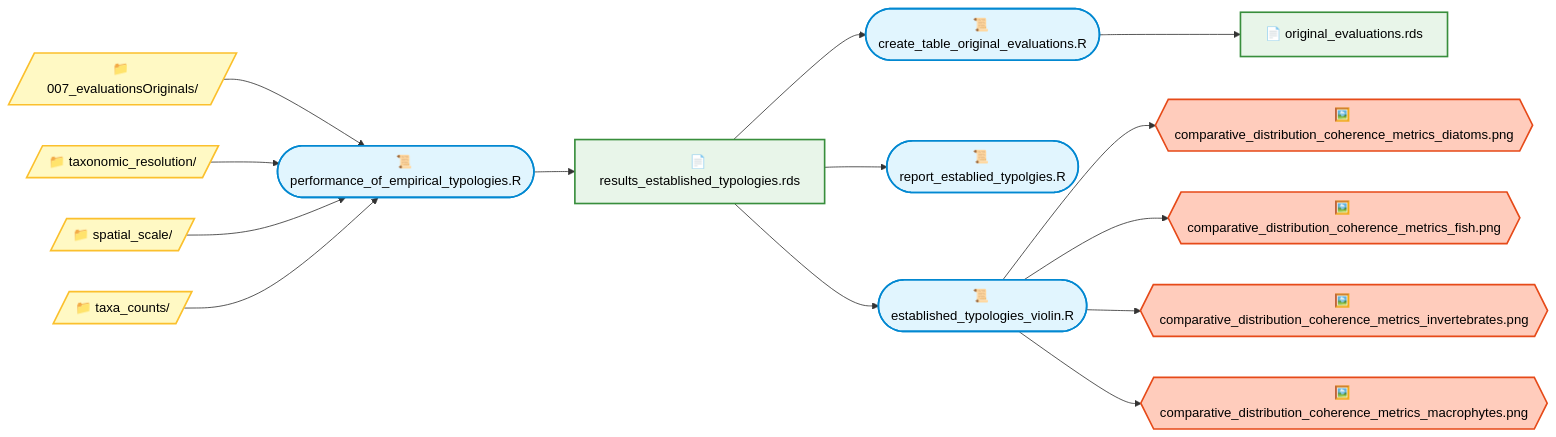
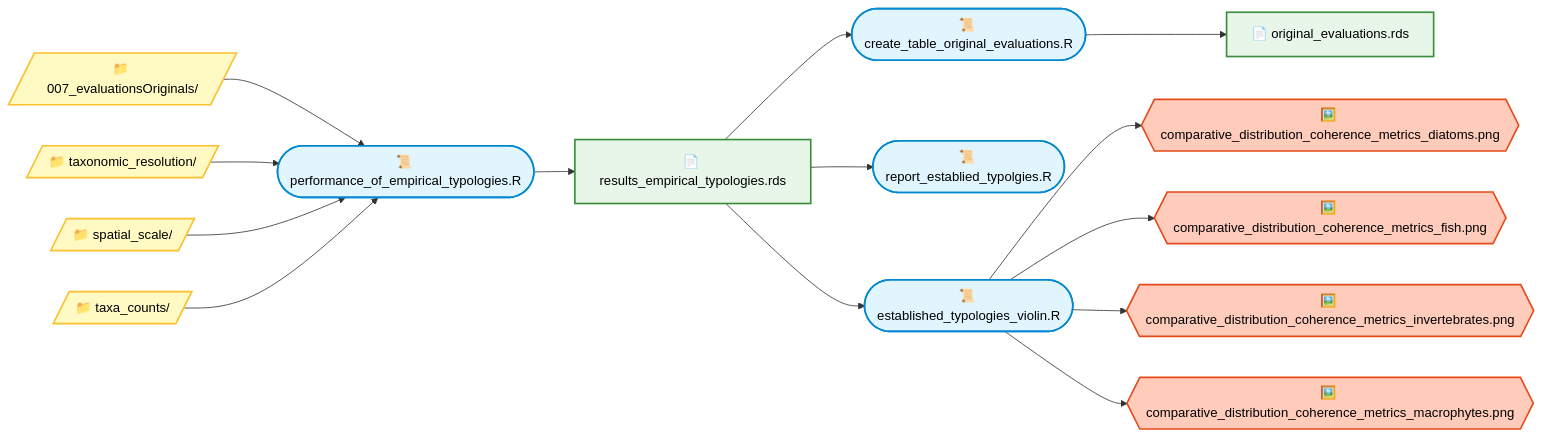
Before and after one commit to JonJup/FreshwaterTypologyBenchmarks: the first of 4 diagrams in docs/04_results_to_paper.md, drawn with Mermaid.

````diff
--- a/docs/04_results_to_paper.md
+++ b/docs/04_results_to_paper.md
@@ -2,47 +2,47 @@
 ``` mermaid
 flowchart LR
 
 classDef script fill:#E1F5FE,stroke:#0288D1,stroke-width:2px,color:#000
 classDef helper fill:#F3E5F5,stroke:#7B1FA2,stroke-width:2px,color:#000
 classDef file fill:#E8F5E9,stroke:#388E3C,stroke-width:2px,color:#000
 classDef folder fill:#FFF9C4,stroke:#FBC02D,stroke-width:2px,color:#000
 classDef figure fill:#FFCCBC,stroke:#E64A19,stroke-width:2px,color:#000
 
 %% Folders
 D1[/"📁 007_evaluationsOriginals/"/]:::folder
 D2[/"📁 taxonomic_resolution/"/]:::folder
 D3[/"📁 spatial_scale/"/]:::folder
 D4[/"📁 taxa_counts/"/]:::folder
 
 %% Scripts
 S1(["📜 performance_of_empirical_typologies.R"]):::script
 S2(["📜 create_table_original_evaluations.R"]):::script
 S3(["📜 report_establied_typolgies.R"]):::script
 SF1(["📜 established_typologies_violin.R"]):::script
 
 %% Files
-F1["📄 results_established_typologies.rds"]:::file
+F1["📄 results_empirical_typologies.rds"]:::file
 F2["📄 original_evaluations.rds"]:::file
 
 %% Figures
 G1{{"🖼️ comparative_distribution_coherence_metrics_diatoms.png"}}:::figure
 G2{{"🖼️ comparative_distribution_coherence_metrics_fish.png"}}:::figure
 G3{{"🖼️ comparative_distribution_coherence_metrics_invertebrates.png"}}:::figure
 G4{{"🖼️ comparative_distribution_coherence_metrics_macrophytes.png"}}:::figure
 
 %% Edges
 D1 --> S1
 D2 --> S1
 D3 --> S1
 D4 --> S1
 S1 --> F1
 F1 --> S2
 F1 --> S3
 F1 --> SF1
 S2 --> F2
 SF1 --> G1
 SF1 --> G2
 SF1 --> G3
 SF1 --> G4
 
 ```
````
